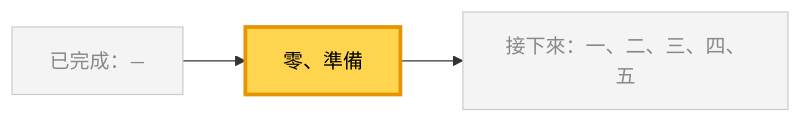
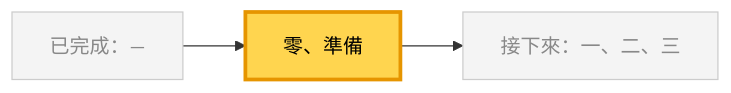
Before and after one commit to 4-learn/data-analysis-and-process-demo: the second of 9 diagrams in docs/17.md, drawn with Mermaid. The commit also changed other lines of this file and 189 other files, not shown here.

````diff
--- a/docs/17.md
+++ b/docs/17.md
@@ -40,7 +46,7 @@
 ```mermaid
 flowchart LR
-    P["已完成：—"] --> C["零、準備"] --> N["接下來：一、二、三、四、五"]
+    P["已完成：—"] --> C["零、準備"] --> N["接下來：一、二、三"]
     classDef other fill:#f4f4f4,stroke:#cccccc,color:#888888
     class P,N other
     style C fill:#ffd54f,stroke:#e69500,stroke-width:3px,color:#000
 ```
````
